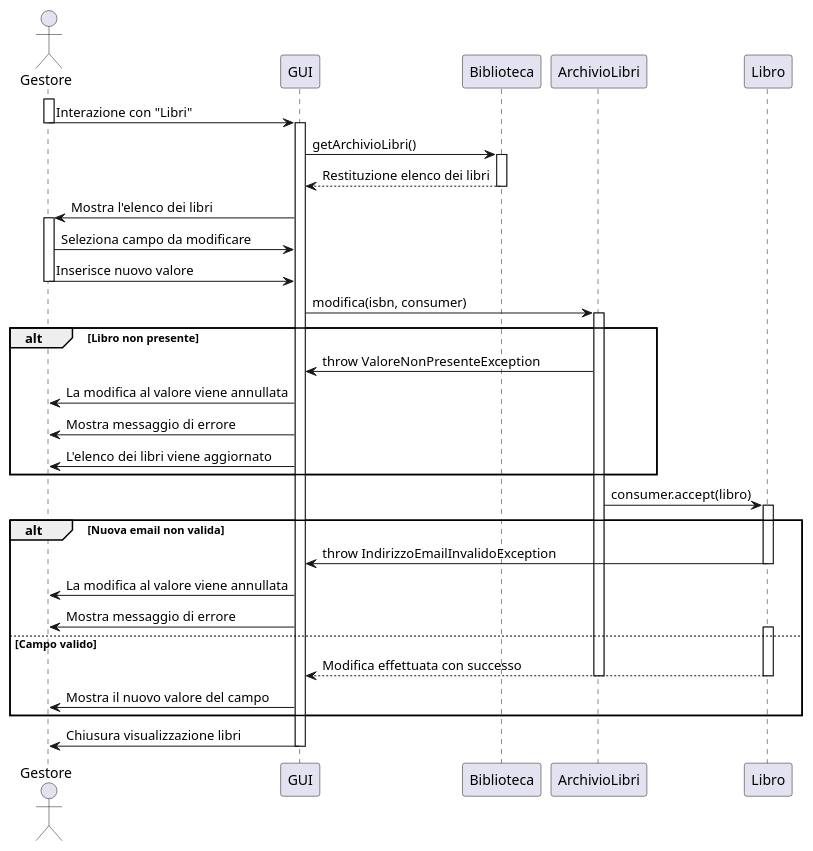
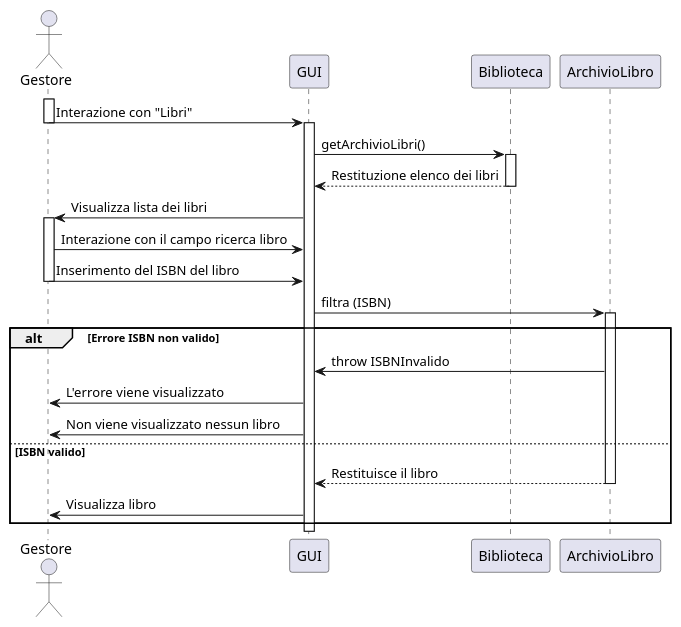
Before and after one commit to Meziu/easylibrary: the diagram in docs/uml/UMLRicercaLibro.puml, drawn with PlantUML. The commit also changed 3 other files, not shown here.

Commit message:
Modifica di Ricerca libro e elimina libro

```diff
--- a/docs/uml/UMLRicercaLibro.puml
+++ b/docs/uml/UMLRicercaLibro.puml
@@ -1,57 +1,37 @@
 @startuml
-actor Gestore
+actor Gestore as G
 participant "GUI" as UI
 participant "Biblioteca" as B
-participant "ArchivioLibri" as A
-participant "Libro" as L
+participant  "ArchivioLibro" as AL
+
 
 '  ---- Flusso principale -----
-activate Gestore
-Gestore -> UI : Interazione con "Libri"
-deactivate Gestore
+activate G
+G -> UI : Interazione con "Libri"
+deactivate G
 activate UI
 
 UI -> B : getArchivioLibri()
 activate B
 B --> UI : Restituzione elenco dei libri
 deactivate B
-UI -> Gestore : Mostra l'elenco dei libri
-activate Gestore
-
-Gestore -> UI : Seleziona campo da modificare
-Gestore -> UI : Inserisce nuovo valore
-deactivate Gestore
-UI -> A : modifica(isbn, consumer)
-activate A
-
-' ----- Verifica Dati -----
-alt Libro non presente
-    A -> UI : throw ValoreNonPresenteException
-    UI -> Gestore : La modifica al valore viene annullata
-    UI -> Gestore : Mostra messaggio di errore
-    UI -> Gestore : L'elenco dei libri viene aggiornato
-
+UI -> G : Visualizza lista dei libri
+activate G
+'-- Ricerca del libro --
+G -> UI : Interazione con il campo ricerca libro
+G -> UI : Inserimento del ISBN del libro
+deactivate G
+UI -> AL : filtra (ISBN)
+activate AL
+'-- Errore ISBN --
+alt Errore ISBN non valido
+    AL -> UI : throw ISBNInvalido
+    UI -> G : L'errore viene visualizzato
+    UI -> G : Non viene visualizzato nessun libro
+else ISBN valido
+    AL --> UI : Restituisce il libro
+    deactivate AL
+    UI -> G : Visualizza libro
 end
 
-A -> L : consumer.accept(libro)
-activate L
-
-alt Nuova email non valida
-    L -> UI : throw IndirizzoEmailInvalidoException
-    deactivate L
-    UI -> Gestore : La modifica al valore viene annullata
-    UI -> Gestore : Mostra messaggio di errore
-
-else Campo valido
-    activate L
-    L --> UI : Modifica effettuata con successo
-    deactivate L
-    deactivate A
-    UI -> Gestore : Mostra il nuovo valore del campo
-
-end
-
-UI -> Gestore : Chiusura visualizzazione libri
-deactivate UI
-
 @enduml
```
